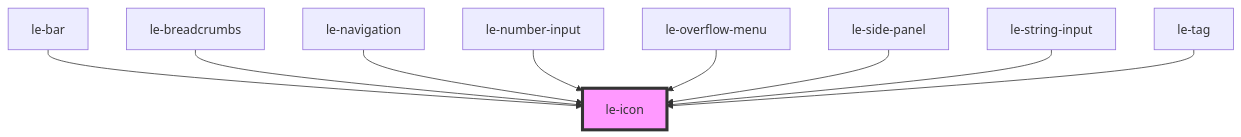
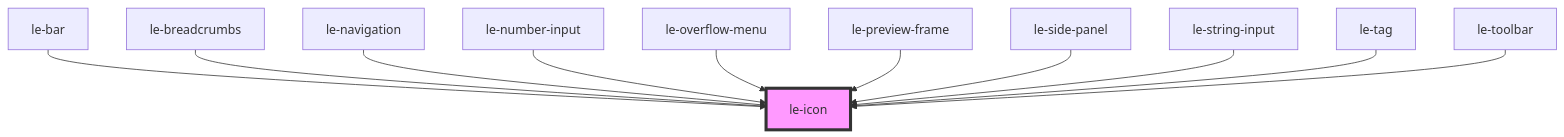
One commit to leechy/le-kit changed the diagram in packages/core/src/components/le-icon/readme.md. Above: the diagram before and after it, drawn with Mermaid. The commit also changed other lines of this file and 14 other files, not shown here.

````diff
--- a/packages/core/src/components/le-icon/readme.md
+++ b/packages/core/src/components/le-icon/readme.md
@@ -30,12 +32,14 @@
 ```mermaid
 graph TD;
   le-bar --> le-icon
   le-breadcrumbs --> le-icon
   le-navigation --> le-icon
   le-number-input --> le-icon
   le-overflow-menu --> le-icon
+  le-preview-frame --> le-icon
   le-side-panel --> le-icon
   le-string-input --> le-icon
   le-tag --> le-icon
+  le-toolbar --> le-icon
   style le-icon fill:#f9f,stroke:#333,stroke-width:4px
 ```
````
